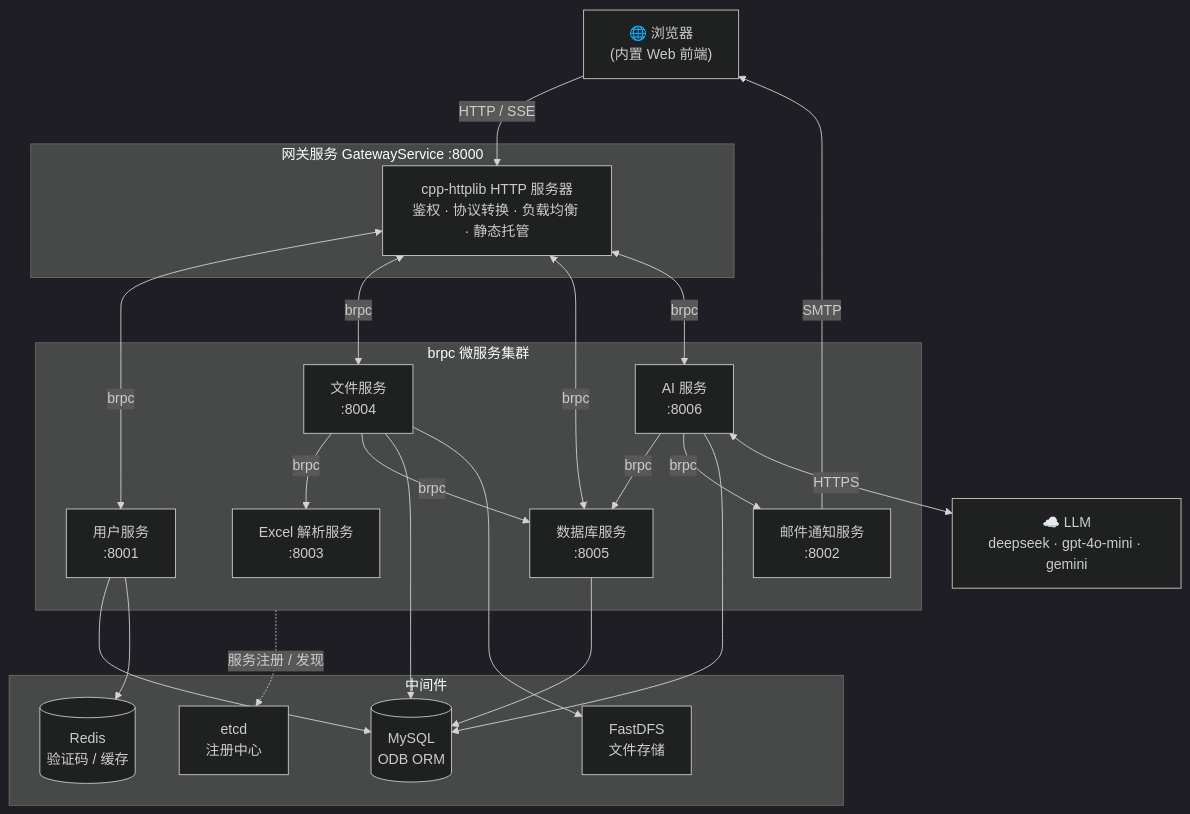
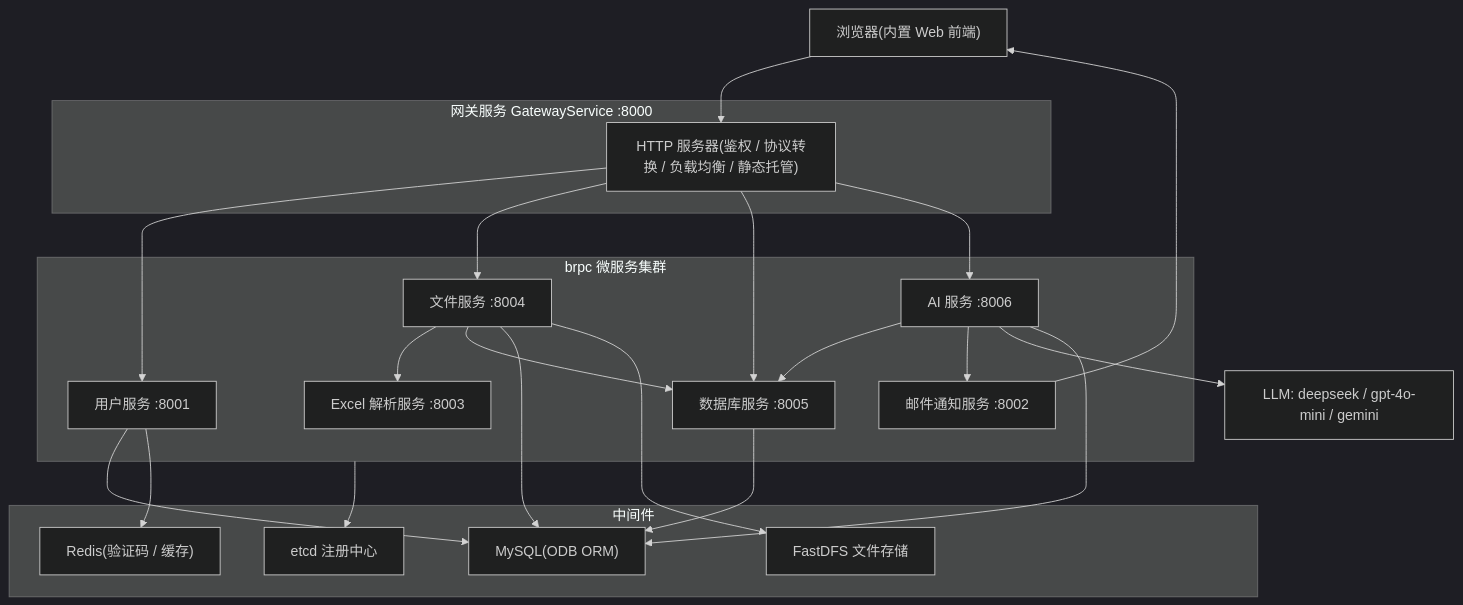
One commit to CaiFuLei007/chat-excel changed the diagram in README.md. Above: the diagram before and after it, drawn with Mermaid (dark theme). The commit also changed other lines of this file, not shown here.

Commit message:
docs: 修复 README 图片与架构图的 GitHub 渲染问题
架构图精简 Mermaid 语法(去掉边标签/双向边/圆柱形/emoji/多行标签), 规避 dagre 布局引擎渲染失败; Logo 与效果截图改引仓库本地资源, 移除无法渲染的 data URI 及腾讯云 COS 外链

````diff
--- a/README.md
+++ b/README.md
@@ -353,46 +352,45 @@
 ```mermaid
 flowchart TB
-    Browser["🌐 浏览器<br/>(内置 Web 前端)"]
+    Browser["浏览器(内置 Web 前端)"]
 
     subgraph Gateway["网关服务 GatewayService :8000"]
-        GW["cpp-httplib HTTP 服务器<br/>鉴权 · 协议转换 · 负载均衡 · 静态托管"]
+        GW["HTTP 服务器(鉴权 / 协议转换 / 负载均衡 / 静态托管)"]
     end
 
     subgraph Services["brpc 微服务集群"]
-        USR["用户服务<br/>:8001"]
-        FILE["文件服务<br/>:8004"]
-        EXCEL["Excel 解析服务<br/>:8003"]
-        DB["数据库服务<br/>:8005"]
-        AI["AI 服务<br/>:8006"]
-        NOTIFY["邮件通知服务<br/>:8002"]
+        USR["用户服务 :8001"]
+        FILE["文件服务 :8004"]
+        EXCEL["Excel 解析服务 :8003"]
+        DB["数据库服务 :8005"]
+        AI["AI 服务 :8006"]
+        NOTIFY["邮件通知服务 :8002"]
     end
 
     subgraph MW["中间件"]
-        ETCD["etcd<br/>注册中心"]
-        MYSQL[("MySQL<br/>ODB ORM")]
-        REDIS[("Redis<br/>验证码 / 缓存")]
-        FDFS["FastDFS<br/>文件存储"]
+        ETCD["etcd 注册中心"]
+        MYSQL["MySQL(ODB ORM)"]
+        REDIS["Redis(验证码 / 缓存)"]
+        FDFS["FastDFS 文件存储"]
     end
 
-    LLM["☁️ LLM<br/>deepseek · gpt-4o-mini · gemini"]
+    LLM["LLM: deepseek / gpt-4o-mini / gemini"]
 
-    Browser -->|HTTP / SSE| GW
-    GW <-->|brpc| USR
-    GW <-->|brpc| FILE
-    GW <-->|brpc| DB
-    GW <-->|brpc| AI
-    FILE -->|brpc| EXCEL
-    FILE -->|brpc| DB
-    AI -->|brpc| DB
-    AI -->|brpc| NOTIFY
-    NOTIFY -->|SMTP| Browser
-
-    Services -.->|服务注册 / 发现| ETCD
+    Browser --> GW
+    GW --> USR
+    GW --> FILE
+    GW --> DB
+    GW --> AI
+    FILE --> EXCEL
+    FILE --> DB
+    AI --> DB
+    AI --> NOTIFY
+    AI --> LLM
+    NOTIFY --> Browser
     USR --> MYSQL
     USR --> REDIS
     FILE --> MYSQL
     FILE --> FDFS
     DB --> MYSQL
     AI --> MYSQL
-    AI <-->|HTTPS| LLM
+    Services --> ETCD
 ```
````
